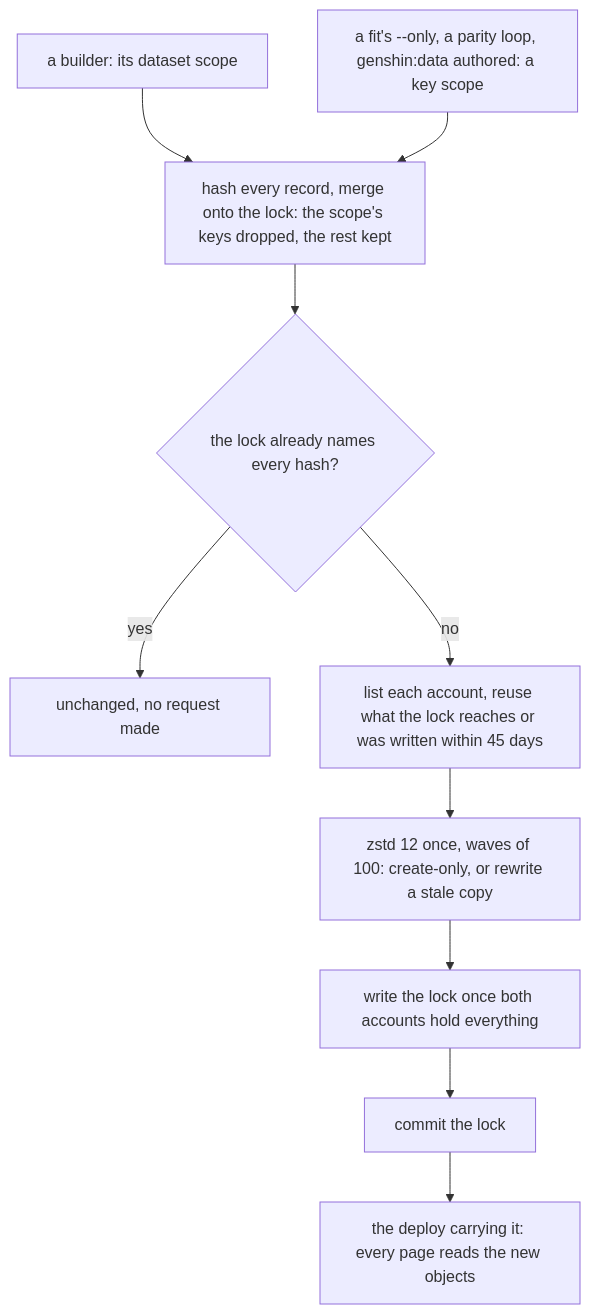
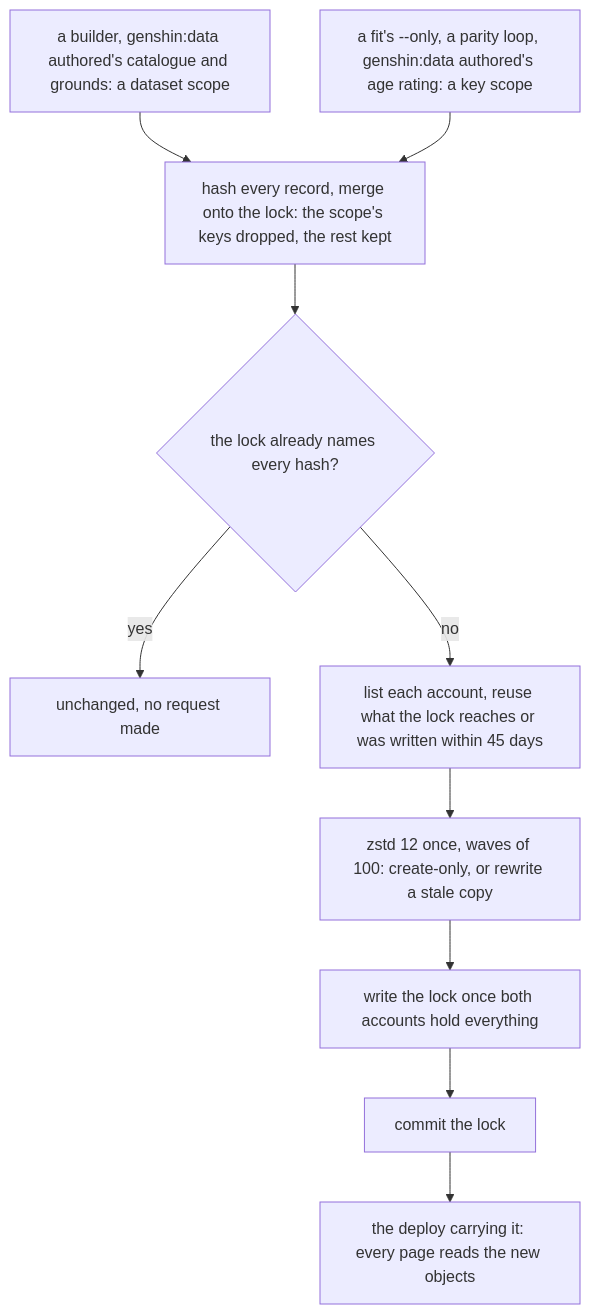
The third of 5 diagrams in apps/web/content/docs/genshin/hosted-game-data.md (Esposter/Esposter), drawn with Mermaid before and after one commit. The commit also changed other lines of this file and 1 other file, not shown here.

First line of the commit message:
docs(genshin): genshin:data authored publishes the catalogue and the grounds as dataset scopes and only the age rating as a key scope

````diff
--- a/apps/web/content/docs/genshin/hosted-game-data.md
+++ b/apps/web/content/docs/genshin/hosted-game-data.md
@@ -143,12 +143,12 @@
 ```mermaid
 flowchart TD
-  Dataset["a builder: its dataset scope"] --> Plan
-  Key["a fit's --only, a parity loop, genshin:data authored: a key scope"] --> Plan
+  Dataset["a builder, genshin:data authored's catalogue and grounds: a dataset scope"] --> Plan
+  Key["a fit's --only, a parity loop, genshin:data authored's age rating: a key scope"] --> Plan
   Plan["hash every record, merge onto the lock: the scope's keys dropped, the rest kept"] --> Same{"the lock already names every hash?"}
   Same -->|yes| Skip["unchanged, no request made"]
   Same -->|no| Reach["list each account, reuse what the lock reaches or was written within 45 days"]
   Reach --> Upload["zstd 12 once, waves of 100: create-only, or rewrite a stale copy"]
   Upload --> Write["write the lock once both accounts hold everything"]
   Write --> Commit["commit the lock"]
   Commit --> Deploy["the deploy carrying it: every page reads the new objects"]
 ```
````
